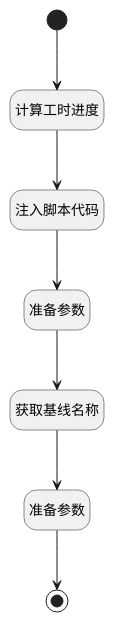
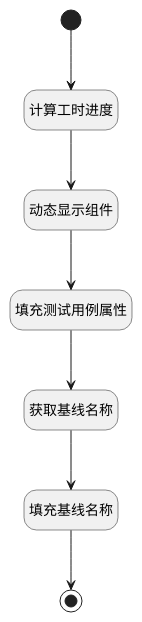
The diagram in doc/docsify/module/TestMgmt/test_case/uilogic/get_workload_schedule.md (iBizLab/plm), drawn with PlantUML before and after one commit. The commit also changed other lines of this file and 2688 other files, not shown here.

````diff
--- a/doc/docsify/module/TestMgmt/test_case/uilogic/get_workload_schedule.md
+++ b/doc/docsify/module/TestMgmt/test_case/uilogic/get_workload_schedule.md
@@ -7,29 +7,29 @@
 ```plantuml
 @startuml
 hide footbox
 <style>
 root {
   HyperlinkColor #42b983
 }
 </style>
 
 hide empty description
 state "开始" as Begin <<start>> [[$./get_workload_schedule#begin {开始}]]
-state "准备参数" as PREPAREJSPARAM2  [[$./get_workload_schedule#preparejsparam2 {准备参数}]]
+state "获取基线名称" as DEACTION1  [[$./get_workload_schedule#deaction1 {获取基线名称}]]
+state "计算工时进度" as RAWJSCODE1  [[$./get_workload_schedule#rawjscode1 {计算工时进度}]]
+state "填充测试用例属性" as PREPAREJSPARAM2  [[$./get_workload_schedule#preparejsparam2 {填充测试用例属性}]]
+state "填充基线名称" as PREPAREJSPARAM1  [[$./get_workload_schedule#preparejsparam1 {填充基线名称}]]
 state "结束" as END1 <<end>> [[$./get_workload_schedule#end1 {结束}]]
-state "计算工时进度" as RAWJSCODE1  [[$./get_workload_schedule#rawjscode1 {计算工时进度}]]
-state "准备参数" as PREPAREJSPARAM1  [[$./get_workload_schedule#preparejsparam1 {准备参数}]]
-state "注入脚本代码" as RAWJSCODE2  [[$./get_workload_schedule#rawjscode2 {注入脚本代码}]]
-state "获取基线名称" as DEACTION1  [[$./get_workload_schedule#deaction1 {获取基线名称}]]
+state "动态显示组件" as RAWJSCODE2  [[$./get_workload_schedule#rawjscode2 {动态显示组件}]]
 
 
 Begin --> RAWJSCODE1
 RAWJSCODE1 --> RAWJSCODE2
 RAWJSCODE2 --> PREPAREJSPARAM2
 PREPAREJSPARAM2 --> DEACTION1
 DEACTION1 --> PREPAREJSPARAM1
 PREPAREJSPARAM1 --> END1
 
 
 @enduml
 ```
````
